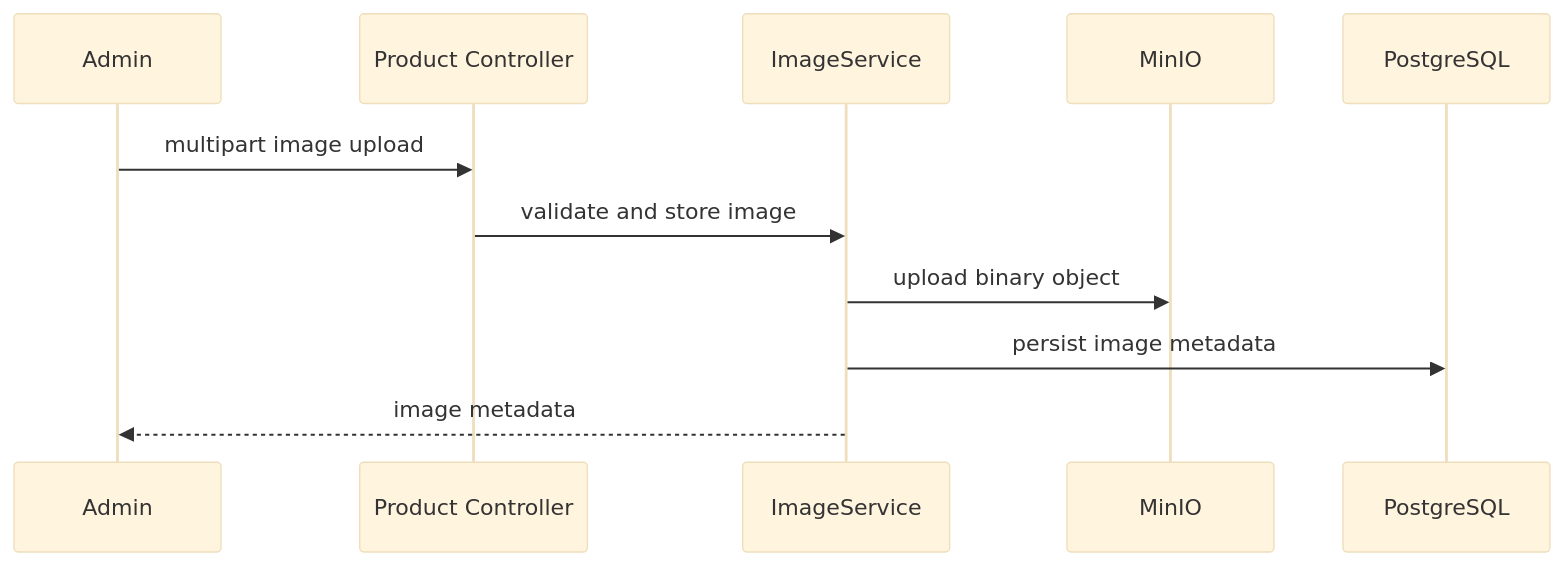
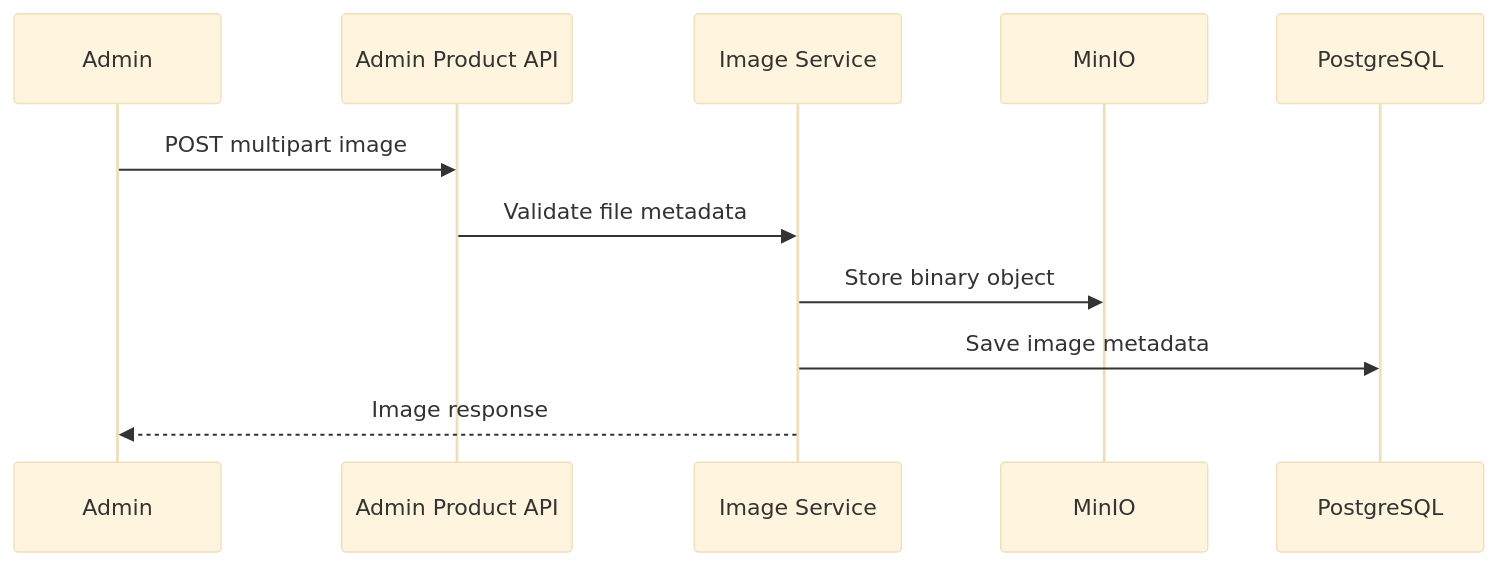
The fourth of 4 diagrams in docs/ARCHITECTURE.md (Team-4185/phone-shop), drawn with Mermaid (base theme) before and after one commit. The commit also changed other lines of this file and 244 other files, not shown here.

````diff
--- a/docs/ARCHITECTURE.md
+++ b/docs/ARCHITECTURE.md
@@ -119,14 +84,14 @@
 ```mermaid
 sequenceDiagram
     participant Admin
-    participant API as Product Controller
-    participant Images as ImageService
-    participant Storage as MinIO
+    participant API as Admin Product API
+    participant Images as Image Service
+    participant MinIO
     participant DB as PostgreSQL
 
-    Admin->>API: multipart image upload
-    API->>Images: validate and store image
-    Images->>Storage: upload binary object
-    Images->>DB: persist image metadata
-    Images-->>Admin: image metadata
+    Admin->>API: POST multipart image
+    API->>Images: Validate file metadata
+    Images->>MinIO: Store binary object
+    Images->>DB: Save image metadata
+    Images-->>Admin: Image response
 ```
````
